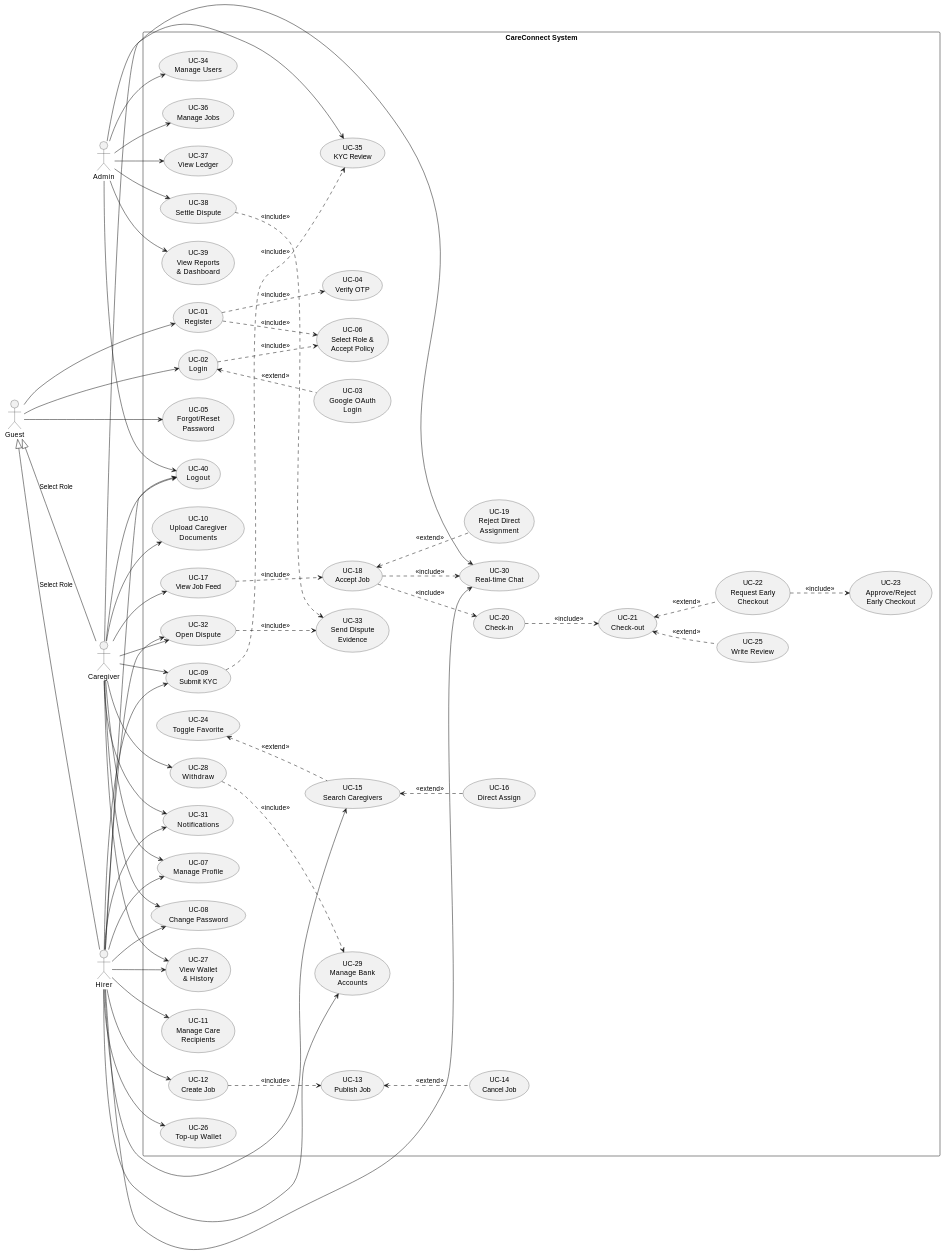
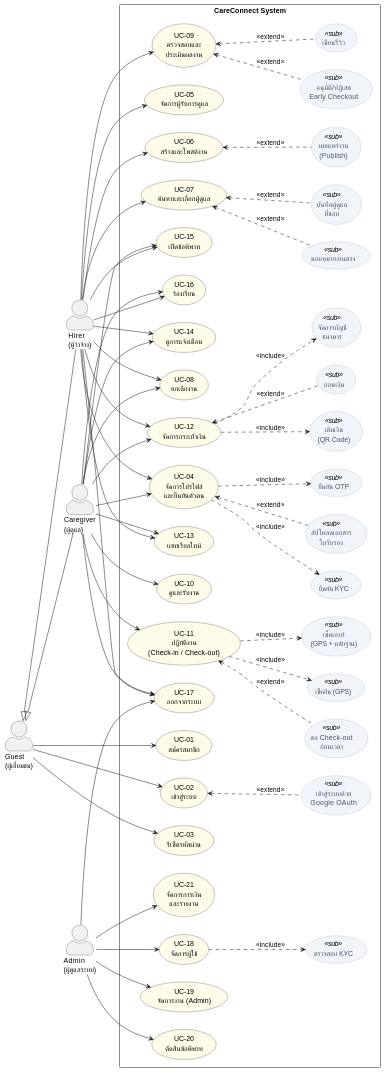
The first of 16 diagrams in THESIS_CONTENT_CH3_PART3.md (SakdaRt/Careconnect), drawn with PlantUML before and after one commit. The commit also changed other lines of this file, not shown here.

Commit message:
แก้ Use Case

````diff
--- a/THESIS_CONTENT_CH3_PART3.md
+++ b/THESIS_CONTENT_CH3_PART3.md
@@ -14,143 +14,187 @@
 ```plantuml
 @startuml
 left to right direction
+skinparam actorStyle awesome
+skinparam usecase {
+  BackgroundColor #FEFCE8
+  BackgroundColor<<sub>> #F1F5F9
+  BorderColor<<sub>> #94A3B8
+  FontColor<<sub>> #475569
+}
 
-actor Guest as G
-actor Hirer as H
-actor Caregiver as CG
-actor Admin as A
+actor "Guest\n(ผู้เยี่ยมชม)" as G
+actor "Hirer\n(ผู้ว่าจ้าง)" as H
+actor "Caregiver\n(ผู้ดูแล)" as CG
+actor "Admin\n(ผู้ดูแลระบบ)" as A
 
-G <|-- H : Select Role
-G <|-- CG : Select Role
+G <|-- H
+G <|-- CG
 
 rectangle "CareConnect System" {
 
-  ' === Authentication ===
-  usecase "UC-01\nRegister" as UC01
-  usecase "UC-02\nLogin" as UC02
-  usecase "UC-03\nGoogle OAuth\nLogin" as UC03
-  usecase "UC-04\nVerify OTP" as UC04
-  usecase "UC-05\nForgot/Reset\nPassword" as UC05
-  usecase "UC-06\nSelect Role &\nAccept Policy" as UC06
-  usecase "UC-40\nLogout" as UC40
+  ' ============================================================
+  ' Authentication — 3 main + 1 sub
+  ' ============================================================
+  usecase "UC-01\nสมัครสมาชิก" as UC01
+  usecase "UC-02\nเข้าสู่ระบบ" as UC02
+  usecase "UC-03\nรีเซ็ตรหัสผ่าน" as UC03
+  usecase "เข้าสู่ระบบด้วย\nGoogle OAuth" as SUB_OAUTH <<sub>>
 
-  ' === Profile ===
-  usecase "UC-07\nManage Profile" as UC07
-  usecase "UC-08\nChange Password" as UC08
-  usecase "UC-09\nSubmit KYC" as UC09
-  usecase "UC-10\nUpload Caregiver\nDocuments" as UC10
+  ' ============================================================
+  ' Profile — 1 main + 3 sub
+  ' ============================================================
+  usecase "UC-04\nจัดการโปรไฟล์\nและยืนยันตัวตน" as UC04
+  usecase "ยืนยัน OTP" as SUB_OTP <<sub>>
+  usecase "ยืนยัน KYC" as SUB_KYC <<sub>>
+  usecase "อัปโหลดเอกสาร\nใบรับรอง" as SUB_DOC <<sub>>
 
-  ' === Hirer Job ===
-  usecase "UC-11\nManage Care\nRecipients" as UC11
-  usecase "UC-12\nCreate Job" as UC12
-  usecase "UC-13\nPublish Job" as UC13
-  usecase "UC-14\nCancel Job" as UC14
-  usecase "UC-15\nSearch Caregivers" as UC15
-  usecase "UC-16\nDirect Assign" as UC16
-  usecase "UC-23\nApprove/Reject\nEarly Checkout" as UC23
-  usecase "UC-24\nToggle Favorite" as UC24
-  usecase "UC-25\nWrite Review" as UC25
+  ' ============================================================
+  ' Hirer Job — 4 main + 4 sub
+  ' ============================================================
+  usecase "UC-05\nจัดการผู้รับการดูแล" as UC05
+  usecase "UC-06\nสร้างและโพสต์งาน" as UC06
+  usecase "UC-07\nค้นหาและเลือกผู้ดูแล" as UC07
+  usecase "UC-08\nยกเลิกงาน" as UC08
+  usecase "เผยแพร่งาน\n(Publish)" as SUB_PUBLISH <<sub>>
+  usecase "มอบหมายงานตรง" as SUB_ASSIGN <<sub>>
+  usecase "บันทึกผู้ดูแล\nที่ชอบ" as SUB_FAV <<sub>>
+  usecase "อนุมัติ/ปฏิเสธ\nEarly Checkout" as SUB_APPROVE_EC <<sub>>
 
-  ' === Caregiver Job ===
-  usecase "UC-17\nView Job Feed" as UC17
-  usecase "UC-18\nAccept Job" as UC18
-  usecase "UC-19\nReject Direct\nAssignment" as UC19
-  usecase "UC-20\nCheck-in" as UC20
-  usecase "UC-21\nCheck-out" as UC21
-  usecase "UC-22\nRequest Early\nCheckout" as UC22
+  ' ============================================================
+  ' Hirer Social — 1 main
+  ' ============================================================
+  usecase "UC-09\nตรวจสอบและ\nประเมินผลงาน" as UC09
+  usecase "เขียนรีวิว" as SUB_REVIEW <<sub>>
 
-  ' === Payment ===
-  usecase "UC-26\nTop-up Wallet" as UC26
-  usecase "UC-27\nView Wallet\n& History" as UC27
-  usecase "UC-28\nWithdraw" as UC28
-  usecase "UC-29\nManage Bank\nAccounts" as UC29
+  ' ============================================================
+  ' Caregiver Job — 2 main + 3 sub
+  ' ============================================================
+  usecase "UC-10\nดูและรับงาน" as UC10
+  usecase "UC-11\nปฏิบัติงาน\n(Check-in / Check-out)" as UC11
+  usecase "เช็คอิน (GPS)" as SUB_CHECKIN <<sub>>
+  usecase "เช็คเอาท์\n(GPS + หลักฐาน)" as SUB_CHECKOUT <<sub>>
+  usecase "ขอ Check-out\nก่อนเวลา" as SUB_EARLY <<sub>>
 
-  ' === Communication ===
-  usecase "UC-30\nReal-time Chat" as UC30
-  usecase "UC-31\nNotifications" as UC31
+  ' ============================================================
+  ' Payment — 1 main + 3 sub
+  ' ============================================================
+  usecase "UC-12\nจัดการกระเป๋าเงิน" as UC12
+  usecase "เติมเงิน\n(QR Code)" as SUB_TOPUP <<sub>>
+  usecase "ถอนเงิน" as SUB_WITHDRAW <<sub>>
+  usecase "จัดการบัญชี\nธนาคาร" as SUB_BANK <<sub>>
 
-  ' === Dispute ===
-  usecase "UC-32\nOpen Dispute" as UC32
-  usecase "UC-33\nSend Dispute\nEvidence" as UC33
+  ' ============================================================
+  ' Communication — 2 main
+  ' ============================================================
+  usecase "UC-13\nแชทเรียลไทม์" as UC13
+  usecase "UC-14\nดูการแจ้งเตือน" as UC14
 
-  ' === Admin ===
-  usecase "UC-34\nManage Users" as UC34
-  usecase "UC-35\nKYC Review" as UC35
-  usecase "UC-36\nManage Jobs" as UC36
-  usecase "UC-37\nView Ledger" as UC37
-  usecase "UC-38\nSettle Dispute" as UC38
-  usecase "UC-39\nView Reports\n& Dashboard" as UC39
+  ' ============================================================
+  ' Dispute — 2 main
+  ' ============================================================
+  usecase "UC-15\nเปิดข้อพิพาท" as UC15
+  usecase "UC-16\nร้องเรียน" as UC16
+
+  ' ============================================================
+  ' General — 1 main
+  ' ============================================================
+  usecase "UC-17\nออกจากระบบ" as UC17
+
+  ' ============================================================
+  ' Admin — 4 main + 1 sub
+  ' ============================================================
+  usecase "UC-18\nจัดการผู้ใช้" as UC18
+  usecase "UC-19\nจัดการงาน (Admin)" as UC19
+  usecase "UC-20\nตัดสินข้อพิพาท" as UC20
+  usecase "UC-21\nจัดการการเงิน\nและรายงาน" as UC21
+  usecase "ตรวจสอบ KYC" as SUB_KYC_REVIEW <<sub>>
 }
 
-' --- Guest Actor ---
+' ==============================================================
+' Guest → 3 main use cases
+' ==============================================================
 G --> UC01
 G --> UC02
-G --> UC05
+G --> UC03
 
-' --- include/extend: Authentication ---
-UC02 ..> UC06 : <<include>>
-UC01 ..> UC06 : <<include>>
-UC02 <.. UC03 : <<extend>>
-UC01 ..> UC04 : <<include>>
+' ==============================================================
+' Authentication — extend
+' ==============================================================
+UC02 <.. SUB_OAUTH : <<extend>>
 
-' --- Hirer Actor ---
+' ==============================================================
+' Hirer → 12 main use cases
+' ==============================================================
+H --> UC04
+H --> UC05
+H --> UC06
 H --> UC07
 H --> UC08
 H --> UC09
-H --> UC11
 H --> UC12
+H --> UC13
+H --> UC14
 H --> UC15
-H --> UC26
-H --> UC27
-H --> UC29
-H --> UC30
-H --> UC31
-H --> UC32
-H --> UC40
+H --> UC16
+H --> UC17
 
-' --- include/extend: Hirer Job flow ---
-UC12 ..> UC13 : <<include>>
-UC13 <.. UC14 : <<extend>>
-UC15 <.. UC16 : <<extend>>
-UC18 ..> UC30 : <<include>>
-UC21 <.. UC22 : <<extend>>
-UC22 ..> UC23 : <<include>>
-UC21 <.. UC25 : <<extend>>
-UC32 ..> UC33 : <<include>>
-UC28 ..> UC29 : <<include>>
+' ==============================================================
+' Caregiver → 10 main use cases
+' ==============================================================
+CG --> UC04
+CG --> UC08
+CG --> UC10
+CG --> UC11
+CG --> UC12
+CG --> UC13
+CG --> UC14
+CG --> UC15
+CG --> UC16
+CG --> UC17
 
-' --- Caregiver Actor ---
-CG --> UC07
-CG --> UC08
-CG --> UC09
-CG --> UC10
-CG --> UC17
-CG --> UC27
-CG --> UC28
-CG --> UC30
-CG --> UC31
-CG --> UC32
-CG --> UC40
+' ==============================================================
+' Admin → 5 main use cases
+' ==============================================================
+A --> UC17
+A --> UC18
+A --> UC19
+A --> UC20
+A --> UC21
 
-' --- include/extend: Caregiver Job flow ---
-UC17 ..> UC18 : <<include>>
-UC18 <.. UC19 : <<extend>>
-UC18 ..> UC20 : <<include>>
-UC20 ..> UC21 : <<include>>
-UC24 <.. UC15 : <<extend>>
+' ==============================================================
+' include / extend — Profile & Verification
+' ==============================================================
+UC04 ..> SUB_OTP : <<include>>
+UC04 ..> SUB_KYC : <<include>>
+UC04 <.. SUB_DOC : <<extend>>
 
-' --- Admin Actor ---
-A --> UC34
-A --> UC35
-A --> UC36
-A --> UC37
-A --> UC38
-A --> UC39
-A --> UC40
+' ==============================================================
+' include / extend — Hirer Job
+' ==============================================================
+UC06 <.. SUB_PUBLISH : <<extend>>
+UC07 <.. SUB_ASSIGN : <<extend>>
+UC07 <.. SUB_FAV : <<extend>>
+UC09 <.. SUB_APPROVE_EC : <<extend>>
+UC09 <.. SUB_REVIEW : <<extend>>
 
-' --- include/extend: Admin ---
-UC09 ..> UC35 : <<include>>
-UC38 ..> UC33 : <<include>>
+' ==============================================================
+' include / extend — Caregiver Job
+' ==============================================================
+UC11 ..> SUB_CHECKIN : <<include>>
+UC11 ..> SUB_CHECKOUT : <<include>>
+UC11 <.. SUB_EARLY : <<extend>>
+
+' ==============================================================
+' include / extend — Payment
+' ==============================================================
+UC12 ..> SUB_TOPUP : <<include>>
+UC12 <.. SUB_WITHDRAW : <<extend>>
+UC12 ..> SUB_BANK : <<include>>
+
+' ==============================================================
+' include / extend — Admin
+' ==============================================================
+UC18 ..> SUB_KYC_REVIEW : <<include>>
 
 @enduml
 ```
````
